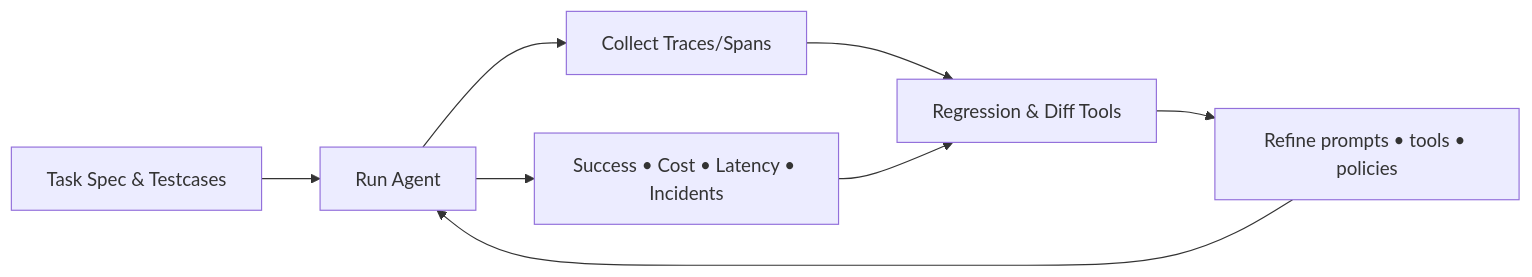
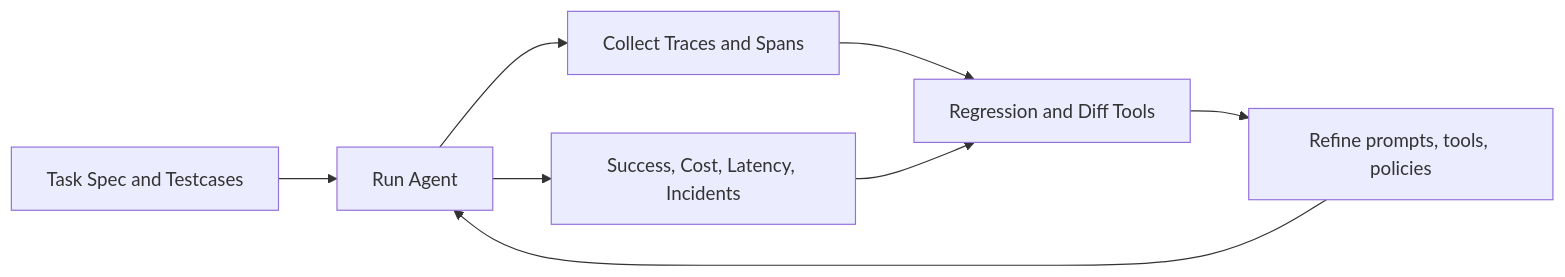
Before and after one commit to jsmoelling/AgenticAI: the ninth of 9 diagrams in Agents_Visualization.md, drawn with Mermaid. The commit also changed other lines of this file, not shown here.

````diff
--- a/Agents_Visualization.md
+++ b/Agents_Visualization.md
@@ -203,10 +209,10 @@
 ```mermaid
 flowchart LR
-  SPEC[Task Spec & Testcases] --> RUN[Run Agent]
-  RUN --> TRACE[Collect Traces/Spans]
-  RUN --> METRICS[Success • Cost • Latency • Incidents]
-  TRACE --> REG[Regression & Diff Tools]
+  SPEC[Task Spec and Testcases] --> RUN[Run Agent]
+  RUN --> TRACE[Collect Traces and Spans]
+  RUN --> METRICS[Success, Cost, Latency, Incidents]
+  TRACE --> REG[Regression and Diff Tools]
   METRICS --> REG
-  REG --> IMP[Refine prompts • tools • policies]
+  REG --> IMP[Refine prompts, tools, policies]
   IMP --> RUN
 ```
````
